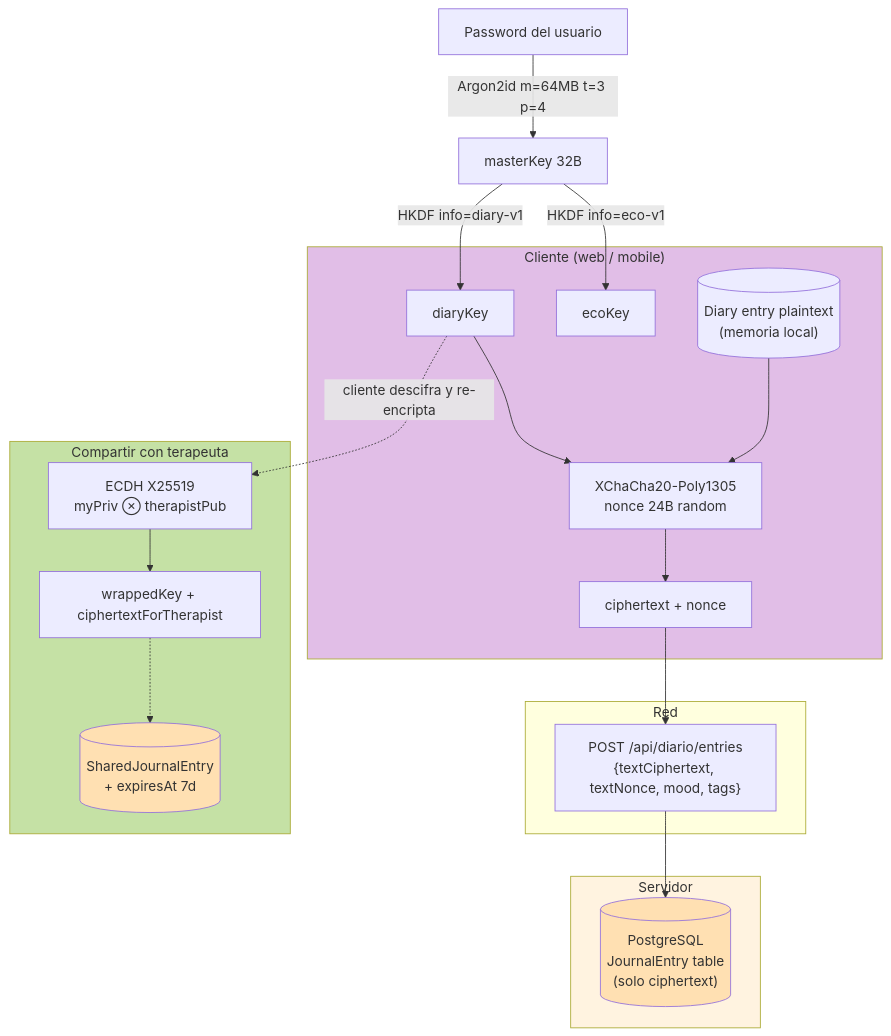
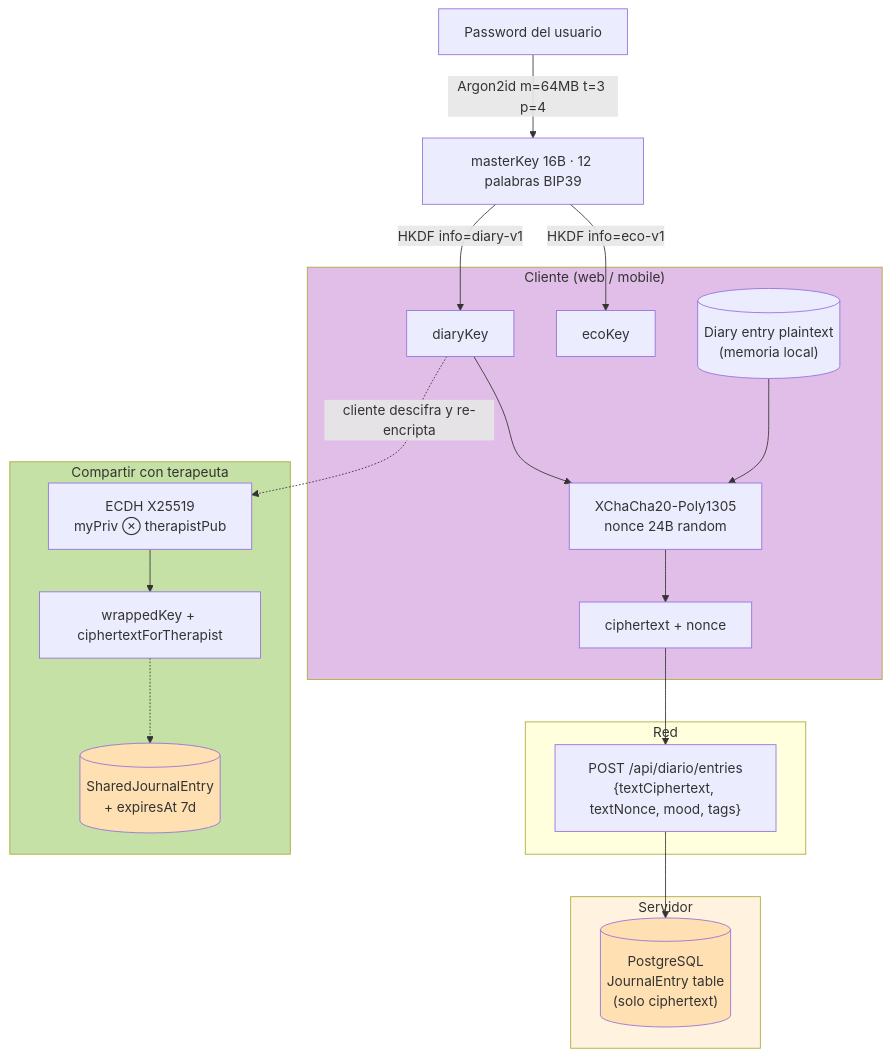
Before and after one commit to georgenton/psico-platform: the diagram in docs/adr/0007-e2e-encryption-diario-eco.md, drawn with Mermaid. The commit also changed other lines of this file and 18 other files, not shown here.

````diff
--- a/docs/adr/0007-e2e-encryption-diario-eco.md
+++ b/docs/adr/0007-e2e-encryption-diario-eco.md
@@ -212,36 +240,36 @@
 ```mermaid
 flowchart TB
     P[Password del usuario]
-    P -->|Argon2id m=64MB t=3 p=4| MK[masterKey 32B]
+    P -->|Argon2id m=64MB t=3 p=4| MK[masterKey 16B · 12 palabras BIP39]
     MK -->|HKDF info=diary-v1| DK[diaryKey]
     MK -->|HKDF info=eco-v1| EK[ecoKey]
 
     subgraph cliente["Cliente (web / mobile)"]
         DK
         EK
         STORE[("Diary entry plaintext<br/>(memoria local)")]
         DK --> XCC[XChaCha20-Poly1305<br/>nonce 24B random]
         STORE --> XCC
         XCC --> CT[ciphertext + nonce]
     end
 
     subgraph network["Red"]
         CT --> WIRE["POST /api/diario/entries<br/>{textCiphertext, textNonce, mood, tags}"]
     end
 
     subgraph server["Servidor"]
         WIRE --> ST[("PostgreSQL<br/>JournalEntry table<br/>(solo ciphertext)")]
     end
 
     subgraph sharing["Compartir con terapeuta"]
         DK -.->|cliente descifra y re-encripta| ECDH[ECDH X25519<br/>myPriv ⊗ therapistPub]
         ECDH --> WRAP[wrappedKey + ciphertextForTherapist]
         WRAP -.-> ST2[("SharedJournalEntry<br/>+ expiresAt 7d")]
     end
 
     style cliente fill:#e1bee7
     style server fill:#fff3e0
     style sharing fill:#c5e1a5
     style ST fill:#ffe0b2
     style ST2 fill:#ffe0b2
 ```
````
